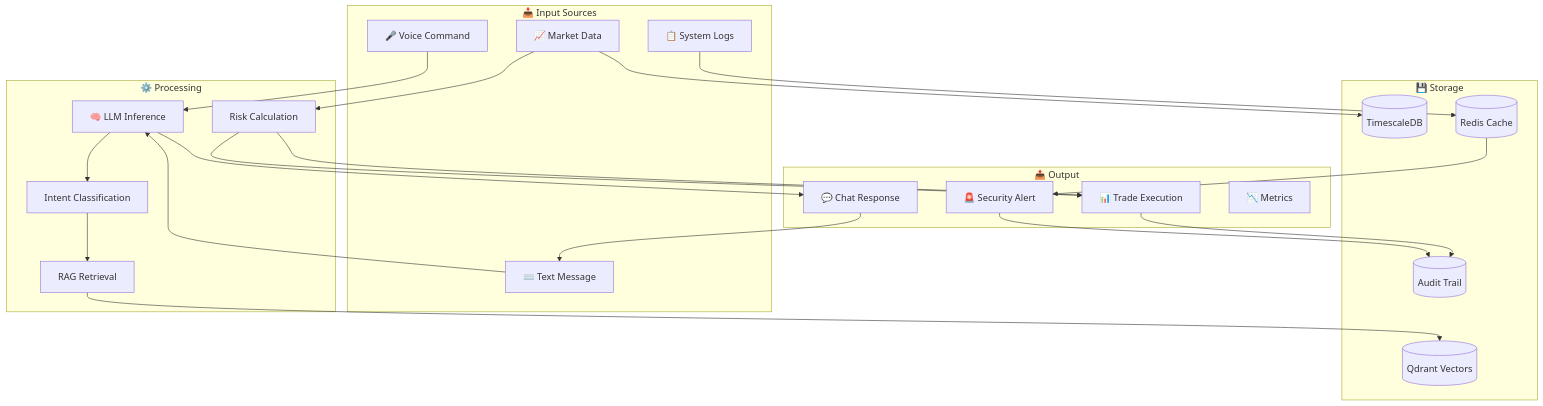
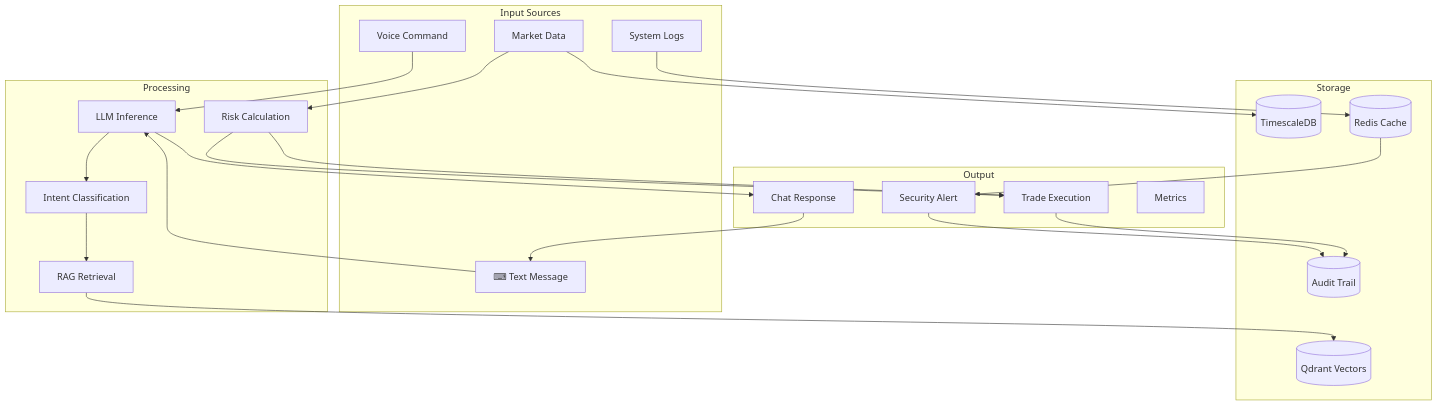
The seventh of 9 diagrams in Documentation/Diagrams/C4_Architecture.md (JohnNuwan/The_Hive), drawn with Mermaid before and after one commit. The commit also changed other lines of this file and 104 other files, not shown here.

````diff
--- a/Documentation/Diagrams/C4_Architecture.md
+++ b/Documentation/Diagrams/C4_Architecture.md
@@ -291,50 +291,50 @@
 ```mermaid
 flowchart TD
-    subgraph Input ["📥 Input Sources"]
-        Voice[🎤 Voice Command]
-        Text[⌨️ Text Message]
-        Market[📈 Market Data]
-        Logs[📋 System Logs]
+    subgraph Input [" Input Sources"]
+        Voice[ Voice Command]
+        Text[⌨ Text Message]
+        Market[ Market Data]
+        Logs[ System Logs]
     end
     
-    subgraph Processing ["⚙️ Processing"]
-        LLM[🧠 LLM Inference]
+    subgraph Processing [" Processing"]
+        LLM[ LLM Inference]
         Intent[Intent Classification]
         RAG[RAG Retrieval]
         Risk[Risk Calculation]
     end
     
-    subgraph Storage ["💾 Storage"]
+    subgraph Storage [" Storage"]
         Qdrant[(Qdrant Vectors)]
         Timescale[(TimescaleDB)]
         Redis[(Redis Cache)]
         Audit[(Audit Trail)]
     end
     
-    subgraph Output ["📤 Output"]
-        Response[💬 Chat Response]
-        Trade[📊 Trade Execution]
-        Alert[🚨 Security Alert]
-        Metrics[📉 Metrics]
+    subgraph Output [" Output"]
+        Response[ Chat Response]
+        Trade[ Trade Execution]
+        Alert[ Security Alert]
+        Metrics[ Metrics]
     end
     
     Voice --> LLM
     Text --> LLM
     LLM --> Intent
     Intent --> RAG
     RAG --> Qdrant
     
     Market --> Timescale
     Market --> Risk
     Risk --> Trade
     
     Logs --> Redis
     Redis --> Alert
     
     Trade --> Audit
     Alert --> Audit
     
     LLM --> Response
     Risk --> Trade
     Response --> Text
 ```
````
